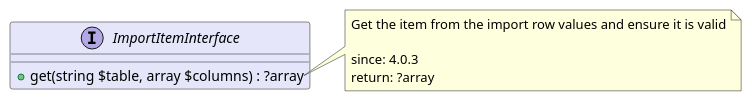
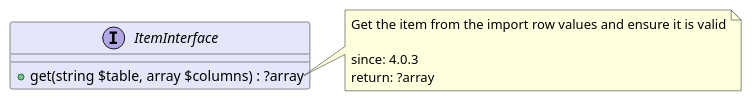
The diagram in src/53f55e5b-63cb-49e7-b1e6-33e7a9f97856/README.md (joomengine/super-powers), drawn with PlantUML before and after one commit. The commit also changed other lines of this file and 87 other files, not shown here.

````diff
--- a/src/53f55e5b-63cb-49e7-b1e6-33e7a9f97856/README.md
+++ b/src/53f55e5b-63cb-49e7-b1e6-33e7a9f97856/README.md
@@ -5,16 +5,16 @@
 ```uml
 @startuml
 
-interface ImportItemInterface  #Lavender {
+interface ItemInterface  #Lavender {
   + get(string $table, array $columns) : ?array
 }
 
-note right of ImportItemInterface::get
+note right of ItemInterface::get
   Get the item from the import row values and ensure it is valid
 
   since: 4.0.3
   return: ?array
 end note
 
 @enduml
 ```
````
